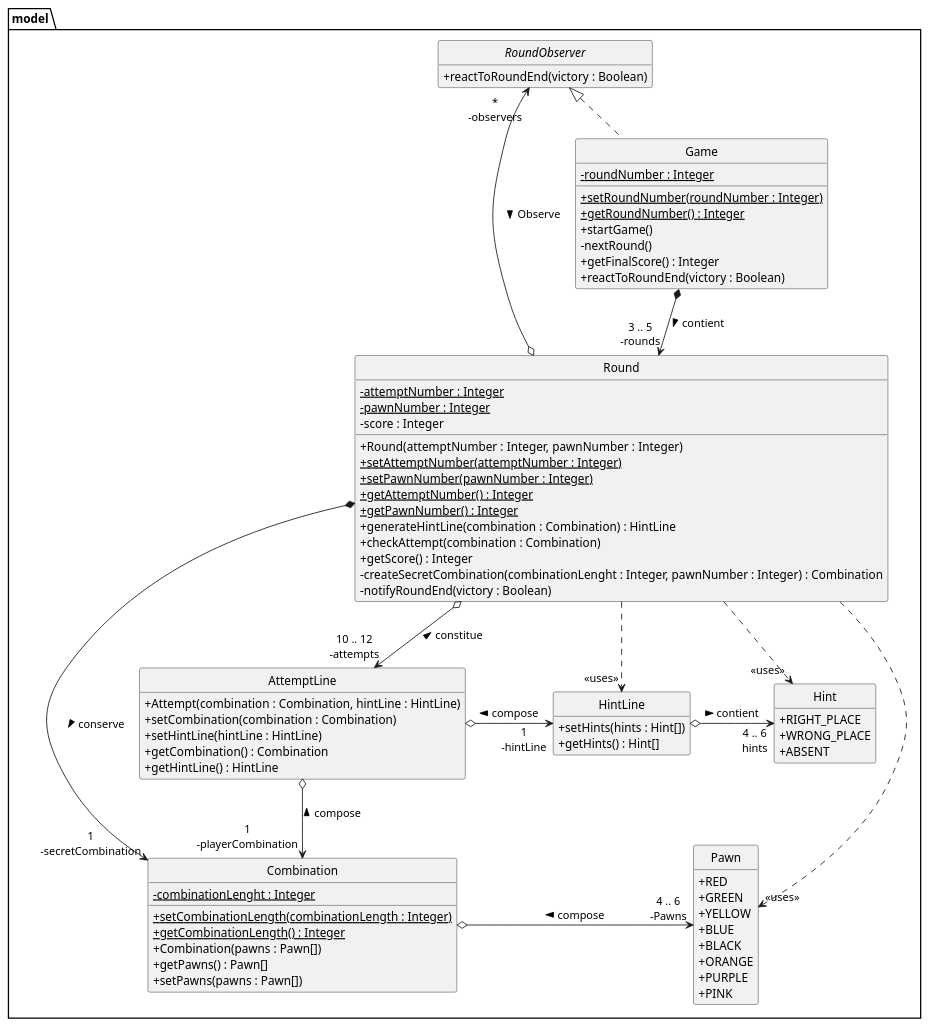
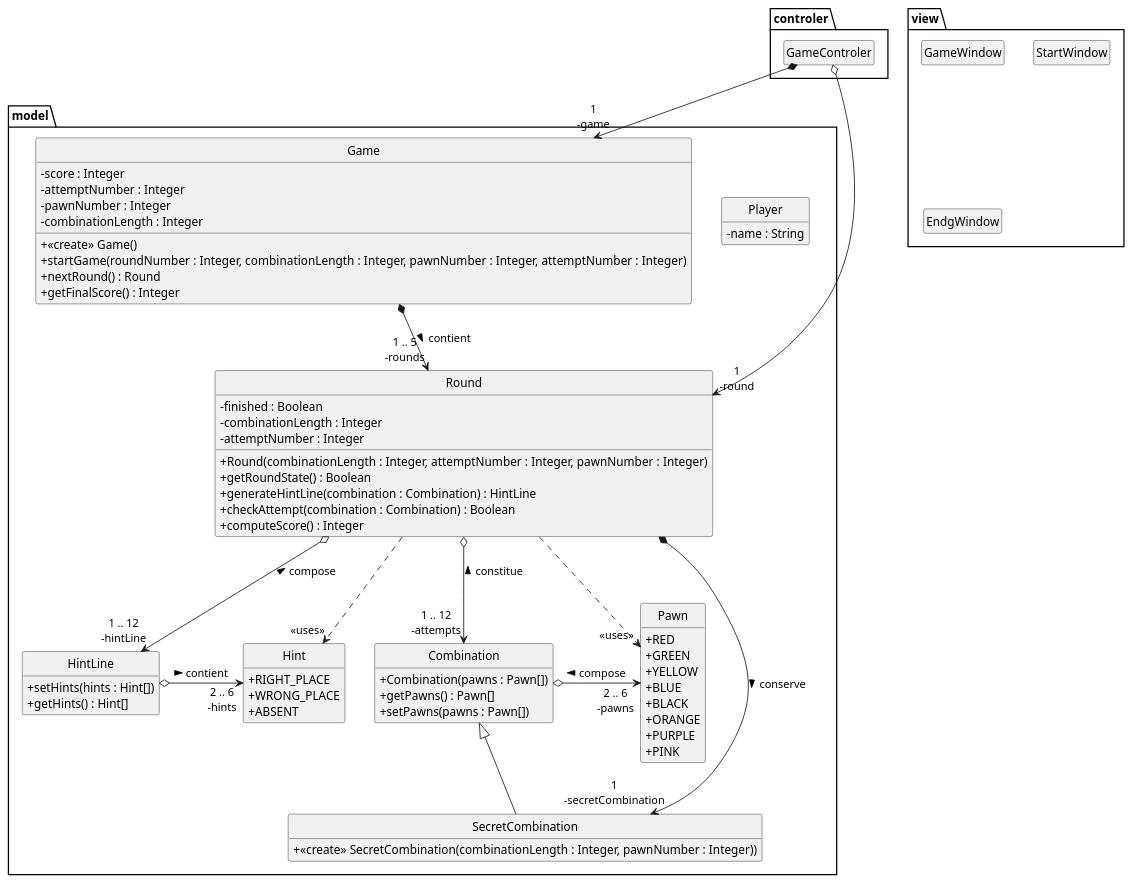
Before and after one commit to SamuelMarsault/Mastermind: the diagram in mastermind.puml, drawn with PlantUML. The commit also changed 2 other files, not shown here.

Commit message:
Modification de l'uml

```diff
--- a/mastermind.puml
+++ b/mastermind.puml
@@ -1,89 +1,84 @@
 @startuml
 skinparam style strictuml
 skinparam classAttributeIconSize 0
 hide enum methods
 hide empty members
+
+class model.Player {
+    - name : String
+}
+
+class controler.GameControler {
+
+}
+
+class view.GameWindow
+class view.StartWindow
+class view.EndgWindow
 
 enum model.Pawn {
     + RED
     + GREEN
     + YELLOW
     + BLUE
     + BLACK
     + ORANGE
     + PURPLE
     + PINK
 }
 
 class model.Round {
-    - {static} attemptNumber : Integer
-    - {static} pawnNumber : Integer
-    - score : Integer
-    + Round(attemptNumber : Integer, pawnNumber : Integer)
-    + {static} setAttemptNumber(attemptNumber : Integer)
-    + {static} setPawnNumber(pawnNumber : Integer)
-    + {static} getAttemptNumber() : Integer
-    + {static} getPawnNumber() : Integer
+    - finished : Boolean
+    - combinationLength : Integer
+    - attemptNumber : Integer
+    + Round(combinationLength : Integer, attemptNumber : Integer, pawnNumber : Integer)
+    + getRoundState() : Boolean
     + generateHintLine(combination : Combination) : HintLine
-    + checkAttempt(combination : Combination)
-    + getScore() : Integer
-    - createSecretCombination(combinationLenght : Integer, pawnNumber : Integer) : Combination
-    - notifyRoundEnd(victory : Boolean)
+    + checkAttempt(combination : Combination) : Boolean
+    + computeScore() : Integer
+}
+
+class model.SecretCombination extends model.Combination{
+    + <<create>> SecretCombination(combinationLength : Integer, pawnNumber : Integer))
 }
 
 class model.Combination {
-    - {static} combinationLenght : Integer
-    + {static} setCombinationLength(combinationLength : Integer)
-    + {static} getCombinationLength() : Integer
     + Combination(pawns : Pawn[])
     + getPawns() : Pawn[]
     + setPawns(pawns : Pawn[])
 }
 
 class model.HintLine {
     + setHints(hints : Hint[])
     + getHints() : Hint[]
 }
 
-class model.AttemptLine {
-    + Attempt(combination : Combination, hintLine : HintLine)
-    + setCombination(combination : Combination)
-    + setHintLine(hintLine : HintLine)
-    + getCombination() : Combination
-    + getHintLine() : HintLine
-
-}
-
-interface model.RoundObserver {
-    + reactToRoundEnd(victory : Boolean)
-}
-
-class model.Game implements model.RoundObserver {
-    - {static} roundNumber : Integer
-    + {static} setRoundNumber(roundNumber : Integer)
-    + {static} getRoundNumber() : Integer
-    + startGame()
-    - nextRound()
+class model.Game {
+    - score : Integer
+    - attemptNumber : Integer
+    - pawnNumber : Integer
+    - combinationLength : Integer
+    + <<create>> Game()
+    + startGame(roundNumber : Integer, combinationLength : Integer, pawnNumber : Integer, attemptNumber : Integer)
+    + nextRound() : Round
     + getFinalScore() : Integer
-    + reactToRoundEnd(victory : Boolean)
 }
 
 enum model.Hint {
     + RIGHT_PLACE
     + WRONG_PLACE
     + ABSENT
 }
 
-model.Round o-l-> "*\n-observers" model.RoundObserver : Observe <
-model.Round *-> "1\n-secretCombination" model.Combination : conserve >
-model.Round o--> "10 .. 12\n-attempts" model.AttemptLine : constitue <
-model.AttemptLine o-> "1\n-hintLine" model.HintLine : < compose
-model.Round ..> "<<uses>>" model.HintLine
+model.Round *--> "1\n-secretCombination" model.SecretCombination : conserve >
+model.Round o--> "1 .. 12\n-attempts" model.Combination : constitue <
+model.Round o--> "1 .. 12\n-hintLine" model.HintLine : < compose
 model.Round ..> "<<uses>>" model.Hint
 model.Round ..> "<<uses>>" model.Pawn
-model.HintLine o-> "4 .. 6\nhints" model.Hint : contient >
-model.AttemptLine o--> "1\n-playerCombination" model.Combination : compose <
-model.Game *--> "3 .. 5\n-rounds" model.Round : contient >
-model.Combination o-> "4 .. 6\n-Pawns" model.Pawn : compose <
+model.HintLine o-> "2 .. 6\n-hints" model.Hint : contient >
+model.Game *--> "1 .. 5\n-rounds" model.Round : contient >
+model.Combination o-> "2 .. 6\n-pawns" model.Pawn : compose <
+controler.GameControler *--> "1\n-game" model.Game
+controler.GameControler o--> "1\n-round" model.Round
 
 @enduml
```
